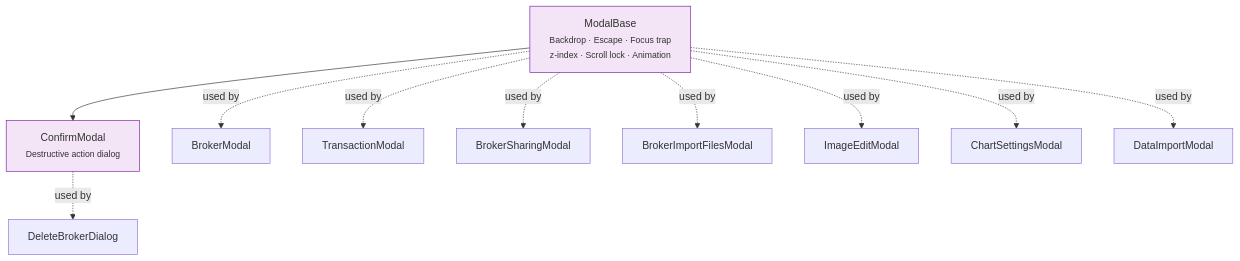
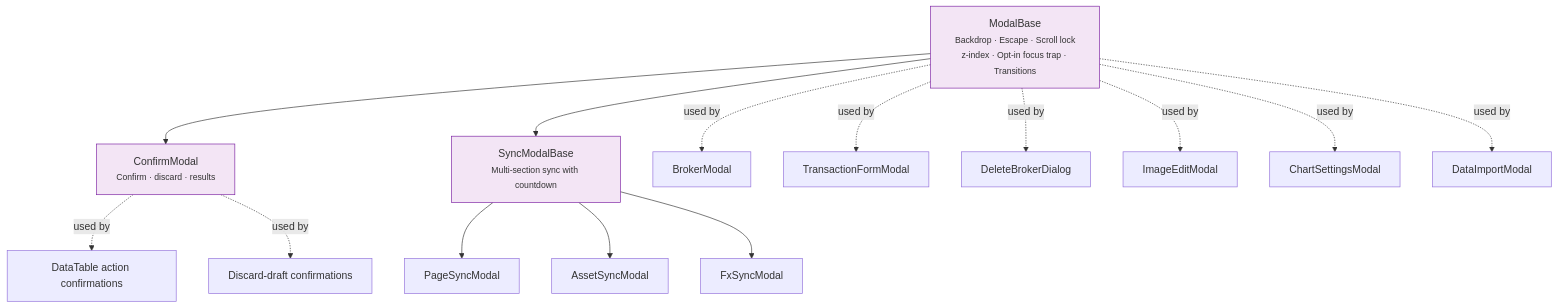
The diagram in mkdocs_src/docs/developer/frontend/components/core-ui/modals.md (Librefolio/LibreFolio), drawn with Mermaid before and after one commit. The commit also changed other lines of this file and 48 other files, not shown here.

````diff
--- a/mkdocs_src/docs/developer/frontend/components/core-ui/modals.md
+++ b/mkdocs_src/docs/developer/frontend/components/core-ui/modals.md
@@ -5,17 +6,22 @@
 ```mermaid
 graph TD
-    MB["ModalBase<br/><small>Backdrop · Escape · Focus trap<br/>z-index · Scroll lock · Animation</small>"]
-    MB --> CM["ConfirmModal<br/><small>Destructive action dialog</small>"]
+    MB["ModalBase<br/><small>Backdrop · Escape · Scroll lock<br/>z-index · Opt-in focus trap · Transitions</small>"]
+    MB --> CM["ConfirmModal<br/><small>Confirm · discard · results</small>"]
+    MB --> SMB["SyncModalBase<br/><small>Multi-section sync with countdown</small>"]
+    SMB --> PSM["PageSyncModal"]
+    SMB --> ASM["AssetSyncModal"]
+    SMB --> FSM["FxSyncModal"]
 
     MB -.->|used by| BM["BrokerModal"]
-    MB -.->|used by| TM["TransactionModal"]
-    MB -.->|used by| BSM["BrokerSharingModal"]
-    MB -.->|used by| BIM["BrokerImportFilesModal"]
+    MB -.->|used by| TFM["TransactionFormModal"]
+    MB -.->|used by| DBD["DeleteBrokerDialog"]
     MB -.->|used by| IEM["ImageEditModal"]
     MB -.->|used by| CSM["ChartSettingsModal"]
     MB -.->|used by| DIM["DataImportModal"]
-    CM -.->|used by| DBD["DeleteBrokerDialog"]
+    CM -.->|used by| DT["DataTable action confirmations"]
+    CM -.->|used by| DIS["Discard-draft confirmations"]
 
     style MB fill:#f3e5f5,stroke:#7b1fa2
     style CM fill:#f3e5f5,stroke:#7b1fa2
+    style SMB fill:#f3e5f5,stroke:#7b1fa2
 ```
````
